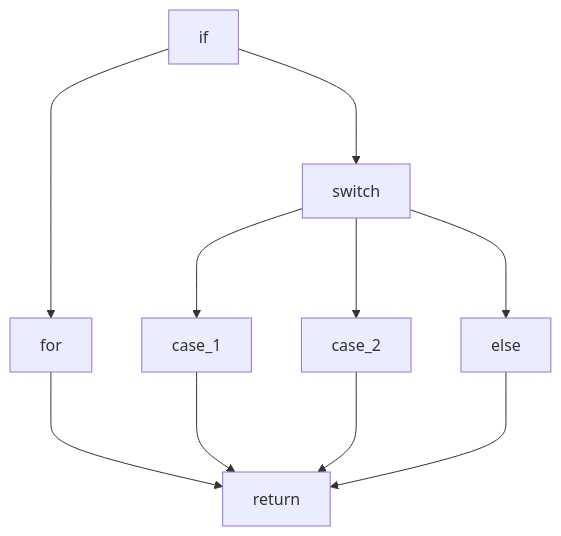
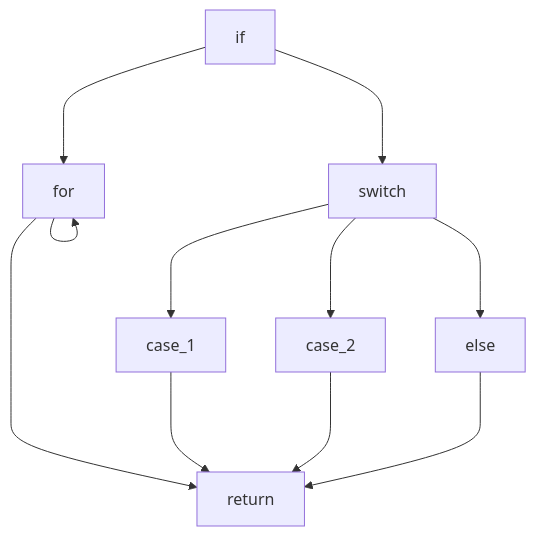
The diagram in blog/code-complexity-modeling/cyclomatic-complexity.mdx (sanggggg/me-src), drawn with Mermaid before and after one commit. The commit also changed other lines of this file, not shown here.

````diff
--- a/blog/code-complexity-modeling/cyclomatic-complexity.mdx
+++ b/blog/code-complexity-modeling/cyclomatic-complexity.mdx
@@ -77,9 +77,10 @@
 ```mermaid
 graph TD;
 
 if ---> for ---> return
 if ---> switch
+for ---> for
 switch ---> case_1 ---> return
 switch ---> case_2 ---> return
 switch ---> else ---> return
 ```
````
